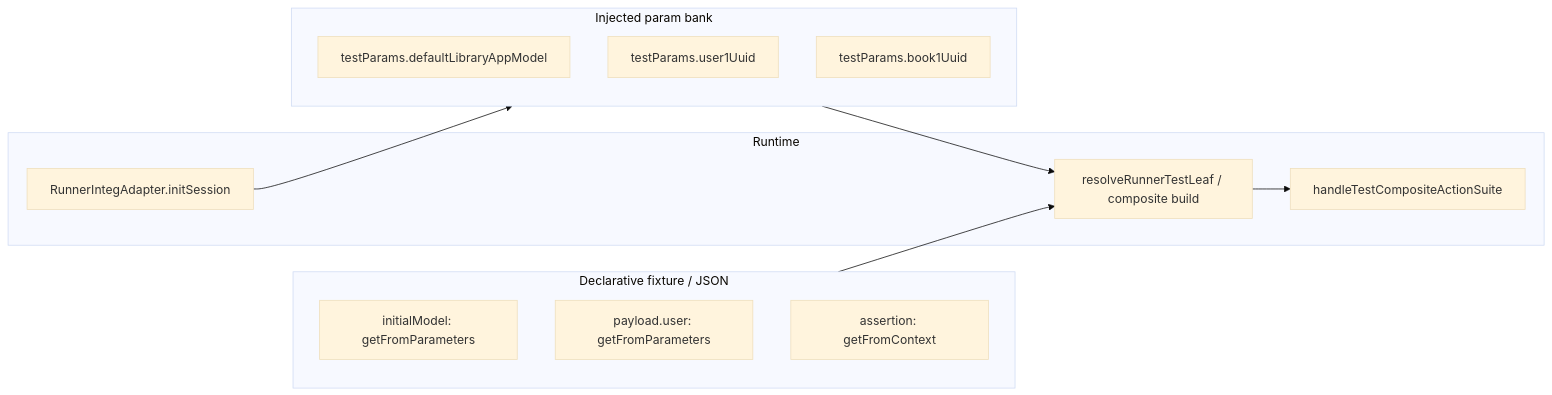
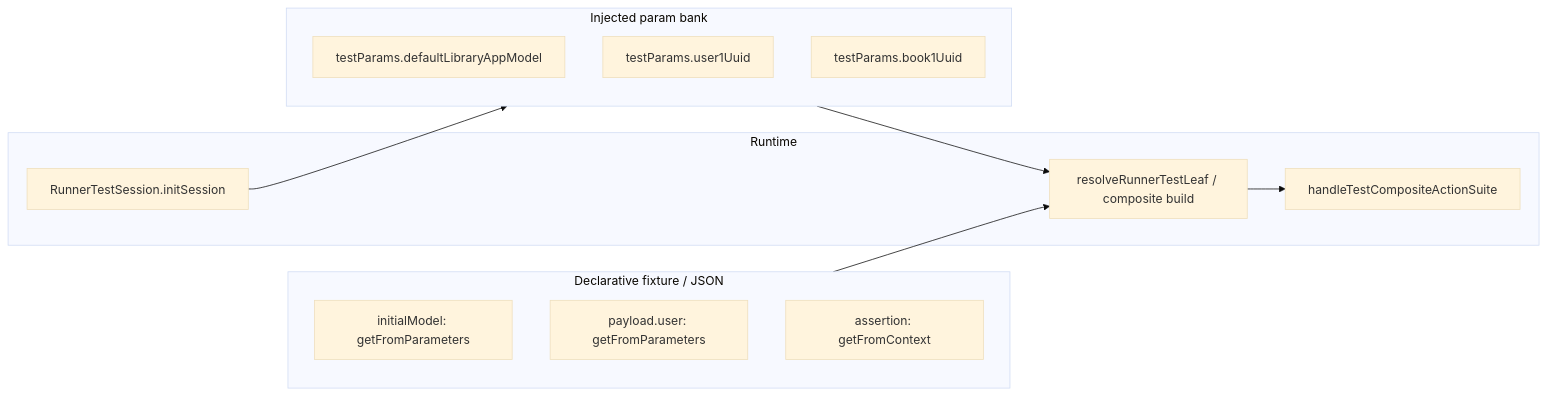
One commit to miroir-framework/miroir changed the third of 3 diagrams in code-helpers/features/197-FEATURE- run integration tests in the UI/plan.md. Above: the diagram before and after it, drawn with Mermaid (base theme). The commit also changed other lines of this file and 29 other files, not shown here.

Commit message:
#197 FEATURE: run integration tests in the UI. Refactoring test startup sequence (around setupMiroirTest)

````diff
--- a/code-helpers/features/197-FEATURE- run integration tests in the UI/plan.md
+++ b/code-helpers/features/197-FEATURE- run integration tests in the UI/plan.md
@@ -457,25 +457,25 @@
 ```mermaid
 flowchart LR
   subgraph env [Injected param bank]
     P[testParams.defaultLibraryAppModel]
     P2[testParams.user1Uuid]
     P3[testParams.book1Uuid]
   end
 
   subgraph fixture [Declarative fixture / JSON]
     T1["initialModel: getFromParameters"]
     T2["payload.user: getFromParameters"]
     C1["assertion: getFromContext"]
   end
 
   subgraph run [Runtime]
-    ORCH[RunnerIntegAdapter.initSession]
+    ORCH[RunnerTestSession.initSession]
     RESOLVE[resolveRunnerTestLeaf / composite build]
     SUITE[handleTestCompositeActionSuite]
   end
 
   ORCH --> env
   env --> RESOLVE
   fixture --> RESOLVE
   RESOLVE --> SUITE
 ```
````
